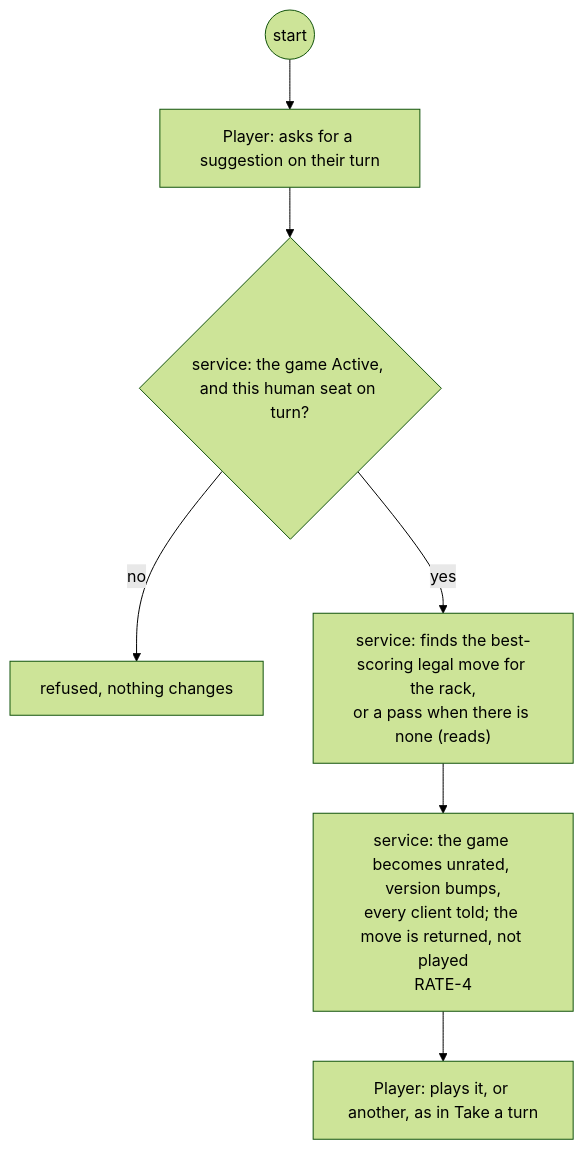
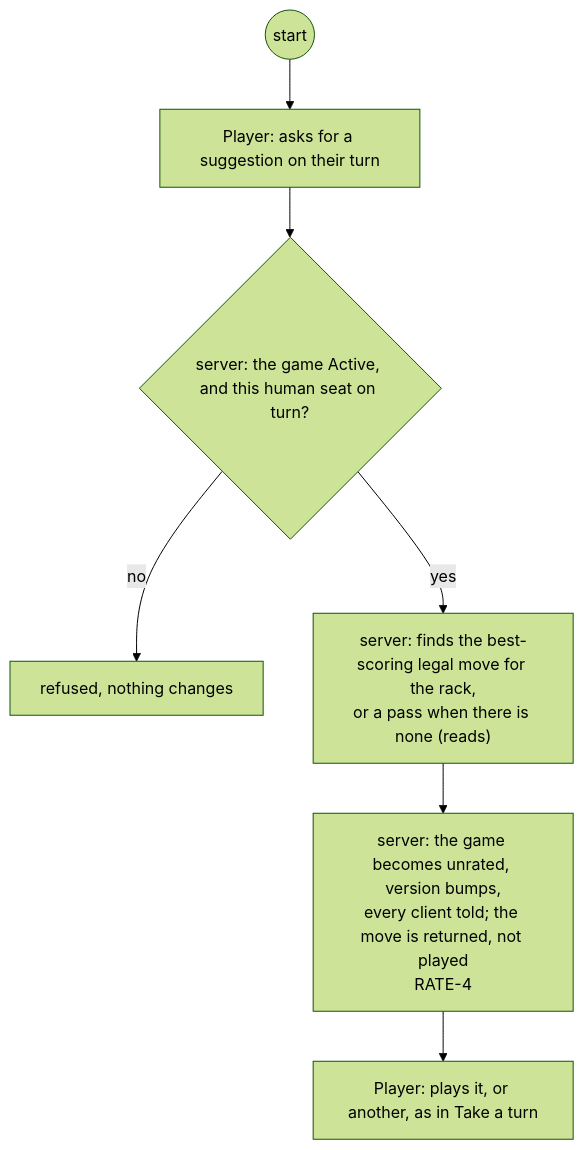
Diagram 16 of 29 in docs/changes/workstreams/application-game-architecture/71-one-game-model/71-functional.md (delphside/programme), drawn with Mermaid (forest theme) before and after one commit. The commit also changed other lines of this file, not shown here.

First line of the commit message:
app 0.9.2 api 2.16: 71: Tile Lite Elite Server, server steps, and question references name #71

````diff
--- a/docs/changes/workstreams/application-game-architecture/71-one-game-model/71-functional.md
+++ b/docs/changes/workstreams/application-game-architecture/71-one-game-model/71-functional.md
@@ -315,9 +315,9 @@
 ```mermaid
 flowchart TD
   s0((start)) --> p1["Player: asks for a suggestion on their turn"]
-  p1 --> v1{"service: the game Active, and this human seat on turn?"}
+  p1 --> v1{"server: the game Active, and this human seat on turn?"}
   v1 -- no --> r1["refused, nothing changes"]
-  v1 -- yes --> v2["service: finds the best-scoring legal move for the rack,<br/>or a pass when there is none (reads)"]
-  v2 --> t1["service: the game becomes unrated, version bumps,<br/>every client told; the move is returned, not played<br/>RATE-4"]
+  v1 -- yes --> v2["server: finds the best-scoring legal move for the rack,<br/>or a pass when there is none (reads)"]
+  v2 --> t1["server: the game becomes unrated, version bumps,<br/>every client told; the move is returned, not played<br/>RATE-4"]
   t1 --> p2["Player: plays it, or another, as in Take a turn"]
 ```
````
